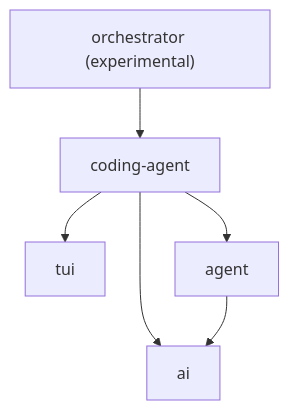
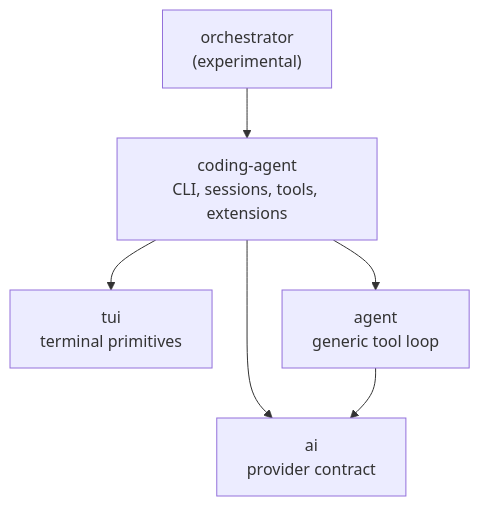
One commit to lukechen526/pi changed the first of 3 diagrams in developer-guide/02-architecture.qmd. Above: the diagram before and after it, drawn with Mermaid. The commit also changed other lines of this file and 2 other files, not shown here.

First line of the commit message:
docs: make architecture and prompt-lifecycle chapters beginner-friendly and visual

````diff
--- a/developer-guide/02-architecture.qmd
+++ b/developer-guide/02-architecture.qmd
@@ -35,10 +24,14 @@
 ```{mermaid}
-%%| label: fig-dependency-direction
-%%| fig-cap: "Runtime dependency direction. An arrow points from a package to the package it imports; lower layers never import higher ones."
+%%| label: fig-package-map
+%%| fig-cap: "The package map. An arrow points from a package to the package it imports; lower layers never import higher ones."
 flowchart TD
-  O["orchestrator (experimental)"] --> CA["coding-agent"]
-  CA --> TUI["tui"]
-  CA --> AG["agent"]
-  CA --> AI["ai"]
+  O["orchestrator<br/>(experimental)"] --> CA
+  CA["coding-agent<br/>CLI, sessions, tools, extensions"]
+  TUI["tui<br/>terminal primitives"]
+  AG["agent<br/>generic tool loop"]
+  AI["ai<br/>provider contract"]
+  CA --> TUI
+  CA --> AG
+  CA --> AI
   AG --> AI
 ```
````
